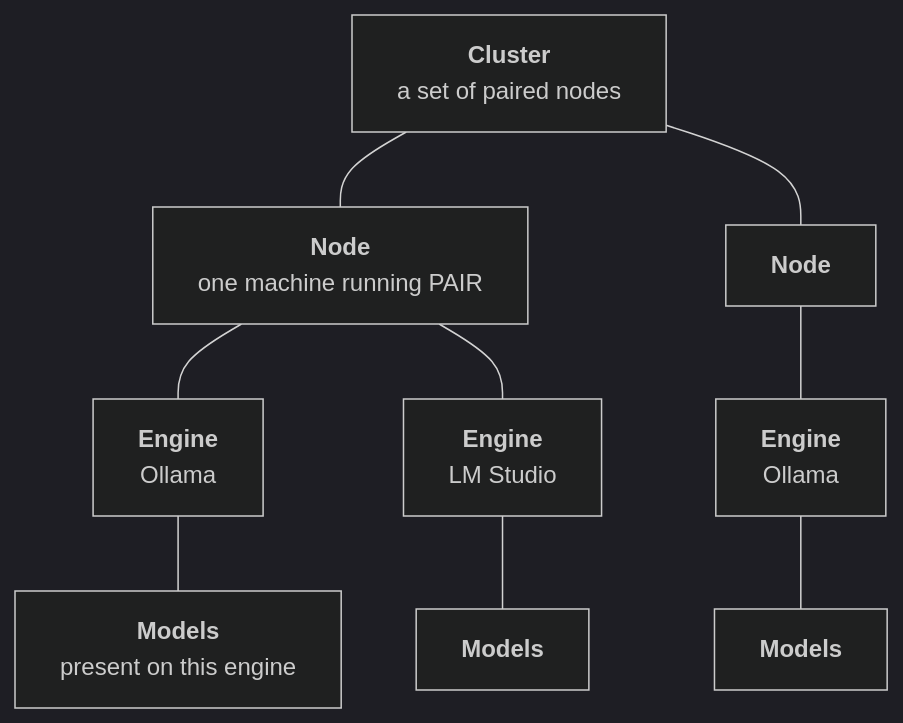
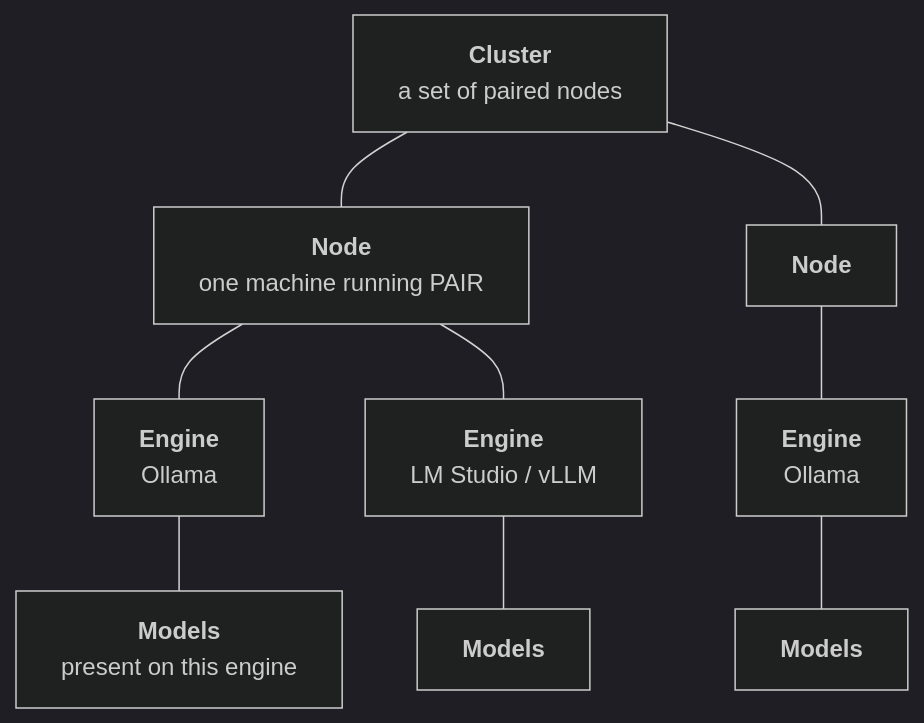
The first of 5 diagrams in docs/architecture.mdx (NVIDIA/Personal-AI-Router), drawn with Mermaid (dark theme) before and after one commit. The commit also changed other lines of this file and 8 other files, not shown here.

````diff
--- a/docs/architecture.mdx
+++ b/docs/architecture.mdx
@@ -16,21 +16,21 @@
 ```mermaid
 flowchart TB
     Cluster["<b>Cluster</b><br/>a set of paired nodes"]
     NodeA["<b>Node</b><br/>one machine running PAIR"]
     NodeB["<b>Node</b>"]
     EngineA1["<b>Engine</b><br/>Ollama"]
-    EngineA2["<b>Engine</b><br/>LM Studio"]
+    EngineA2["<b>Engine</b><br/>LM Studio / vLLM"]
     EngineB1["<b>Engine</b><br/>Ollama"]
     ModelA1["<b>Models</b><br/>present on this engine"]
     ModelA2["<b>Models</b>"]
     ModelB1["<b>Models</b>"]
 
     Cluster --- NodeA
     Cluster --- NodeB
     NodeA --- EngineA1
     NodeA --- EngineA2
     NodeB --- EngineB1
     EngineA1 --- ModelA1
     EngineA2 --- ModelA2
     EngineB1 --- ModelB1
 ```
````
